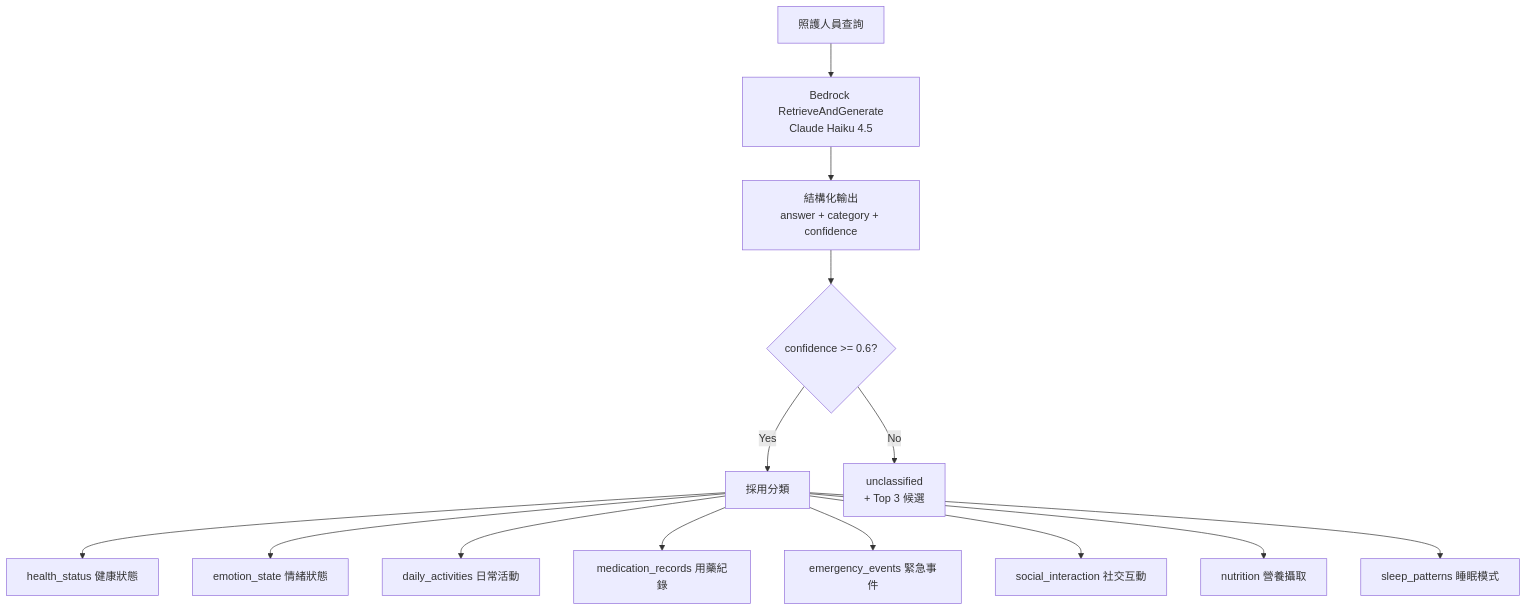
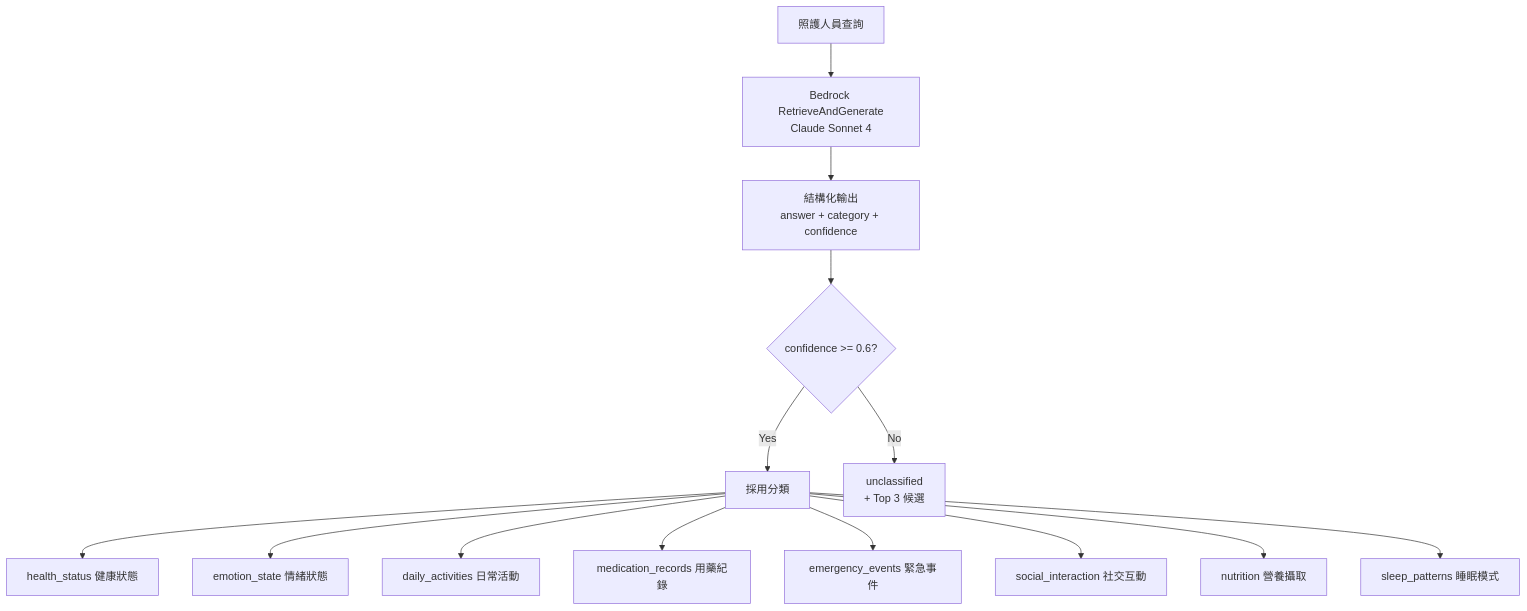
Before and after one commit to linjinhsien/Profit-Prophet: the third of 3 diagrams in docs/architecture.md, drawn with Mermaid. The commit also changed other lines of this file and 6 other files, not shown here.

First line of the commit message:
Update model from Claude Haiku 4.5 to Claude Sonnet 4

````diff
--- a/docs/architecture.md
+++ b/docs/architecture.md
@@ -107,17 +107,17 @@
 ```mermaid
 graph TD
-    Q[照護人員查詢] --> BR[Bedrock RetrieveAndGenerate<br/>Claude Haiku 4.5]
+    Q[照護人員查詢] --> BR[Bedrock RetrieveAndGenerate<br/>Claude Sonnet 4]
     BR --> OUT[結構化輸出<br/>answer + category + confidence]
     OUT --> CHK{confidence >= 0.6?}
     CHK -->|Yes| CAT[採用分類]
     CHK -->|No| UN[unclassified<br/>+ Top 3 候選]
 
     CAT --> C1[health_status 健康狀態]
     CAT --> C2[emotion_state 情緒狀態]
     CAT --> C3[daily_activities 日常活動]
     CAT --> C4[medication_records 用藥紀錄]
     CAT --> C5[emergency_events 緊急事件]
     CAT --> C6[social_interaction 社交互動]
     CAT --> C7[nutrition 營養攝取]
     CAT --> C8[sleep_patterns 睡眠模式]
 ```
````
